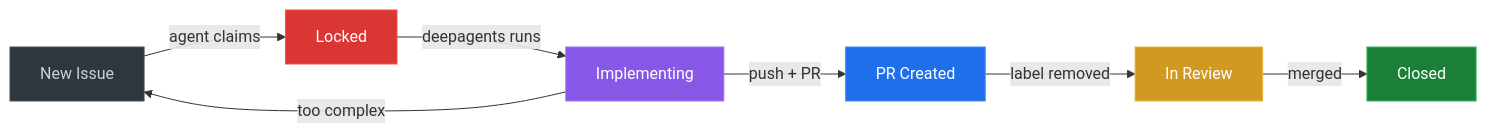
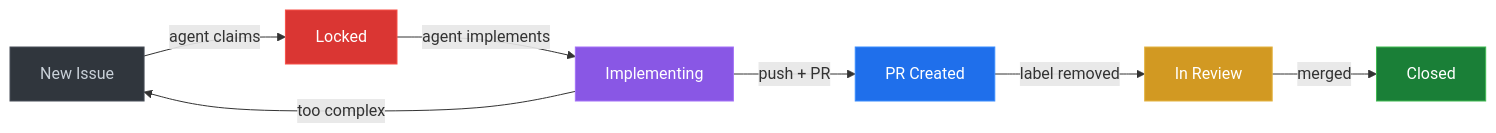
Before and after one commit to artdroz/deep-agents-demo: the third of 6 diagrams in ARCHITECTURE.md, drawn with Mermaid. The commit also changed other lines of this file, not shown here.

Commit message:
docs: remove deepagents-cli references from architecture

````diff
--- a/ARCHITECTURE.md
+++ b/ARCHITECTURE.md
@@ -100,16 +100,16 @@
 ```mermaid
 graph LR
     New["New Issue"] -->|agent claims| Locked["Locked"]
-    Locked -->|deepagents runs| Impl["Implementing"]
+    Locked -->|agent implements| Impl["Implementing"]
     Impl -->|push + PR| PR["PR Created"]
     PR -->|label removed| Review["In Review"]
     Review -->|merged| Done["Closed"]
     Impl -->|too complex| New
 
     style New fill:#30363d,stroke:#484f58,color:#c9d1d9
     style Locked fill:#da3633,stroke:#f85149,color:#fff
     style Impl fill:#8957e5,stroke:#a371f7,color:#fff
     style PR fill:#1f6feb,stroke:#388bfd,color:#fff
     style Review fill:#d29922,stroke:#e3b341,color:#fff
     style Done fill:#1a7f37,stroke:#3fb950,color:#fff
 ```
````
